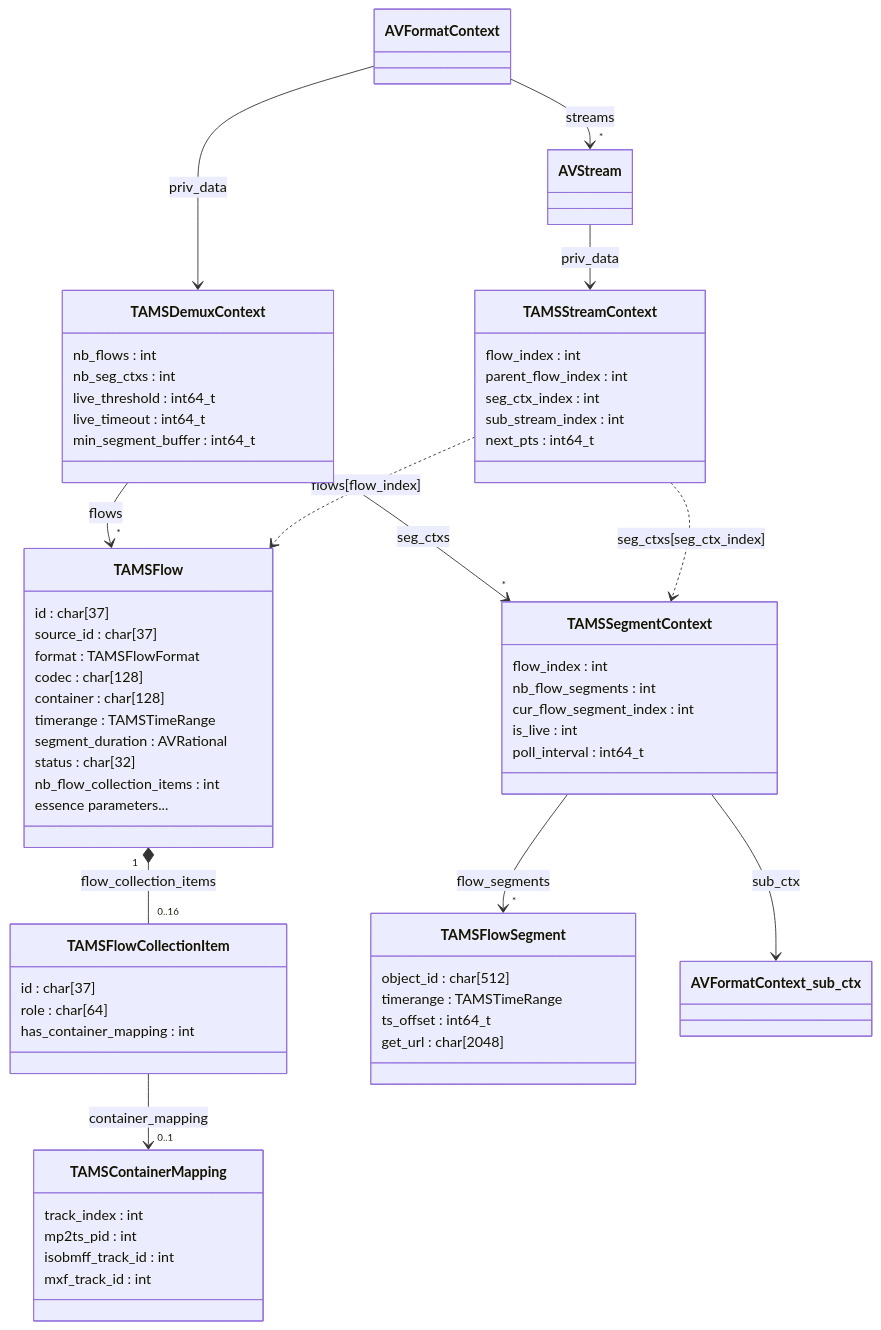
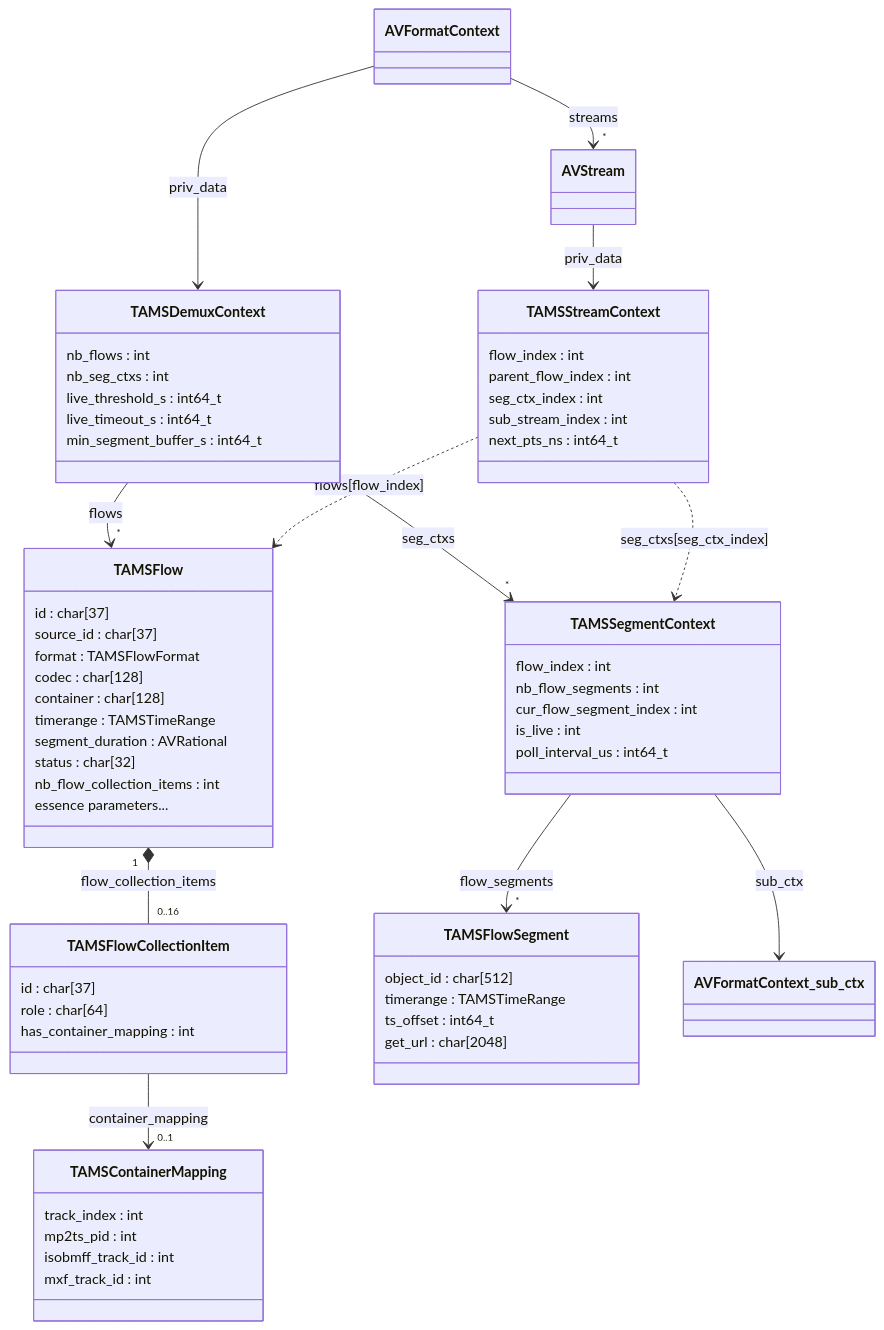
Before and after one commit to hootworks/website: the first of 5 diagrams in content/news/ffmpeg-tams-support/index.md, drawn with Mermaid. The commit also changed other lines of this file and 1 other file, not shown here.

````diff
--- a/content/news/ffmpeg-tams-support/index.md
+++ b/content/news/ffmpeg-tams-support/index.md
@@ -71,77 +71,77 @@
 ```mermaid
 classDiagram
     direction TB
 
     class TAMSFlow {
         id : char[37]
         source_id : char[37]
         format : TAMSFlowFormat
         codec : char[128]
         container : char[128]
         timerange : TAMSTimeRange
         segment_duration : AVRational
         status : char[32]
         nb_flow_collection_items : int
         essence parameters...
     }
 
     class TAMSFlowCollectionItem {
         id : char[37]
         role : char[64]
         has_container_mapping : int
     }
 
     class TAMSContainerMapping {
         track_index : int
         mp2ts_pid : int
         isobmff_track_id : int
         mxf_track_id : int
     }
 
     class TAMSFlowSegment {
         object_id : char[512]
         timerange : TAMSTimeRange
         ts_offset : int64_t
         get_url : char[2048]
     }
 
     class AVFormatContext
     class AVStream
     class AVFormatContext_sub_ctx
 
     class TAMSDemuxContext {
         nb_flows : int
         nb_seg_ctxs : int
-        live_threshold : int64_t
-        live_timeout : int64_t
-        min_segment_buffer : int64_t
+        live_threshold_s : int64_t
+        live_timeout_s : int64_t
+        min_segment_buffer_s : int64_t
     }
 
     class TAMSStreamContext {
         flow_index : int
         parent_flow_index : int
         seg_ctx_index : int
         sub_stream_index : int
-        next_pts : int64_t
+        next_pts_ns : int64_t
     }
 
     class TAMSSegmentContext {
         flow_index : int
         nb_flow_segments : int
         cur_flow_segment_index : int
         is_live : int
-        poll_interval : int64_t
+        poll_interval_us : int64_t
     }
 
     TAMSFlow "1" *-- "0..16" TAMSFlowCollectionItem : flow_collection_items
     TAMSFlowCollectionItem --> "0..1" TAMSContainerMapping : container_mapping
     AVFormatContext --> TAMSDemuxContext : priv_data
     AVFormatContext --> "*" AVStream : streams
     AVStream --> TAMSStreamContext : priv_data
     TAMSDemuxContext --> "*" TAMSFlow : flows
     TAMSDemuxContext --> "*" TAMSSegmentContext : seg_ctxs
     TAMSStreamContext ..> TAMSFlow : flows[flow_index]
     TAMSStreamContext ..> TAMSSegmentContext : seg_ctxs[seg_ctx_index]
     TAMSSegmentContext --> "*" TAMSFlowSegment : flow_segments
     TAMSSegmentContext --> AVFormatContext_sub_ctx : sub_ctx
 ```
````
